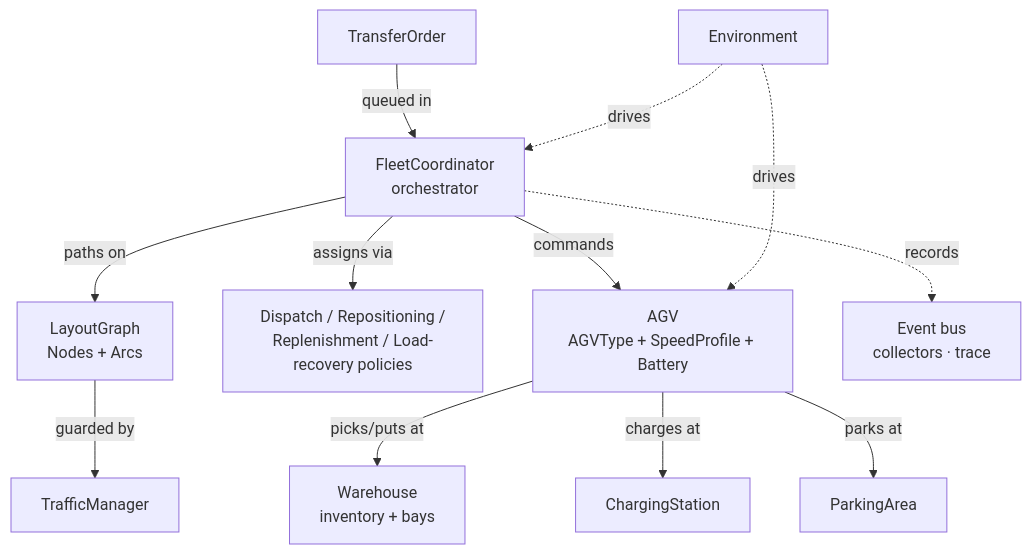
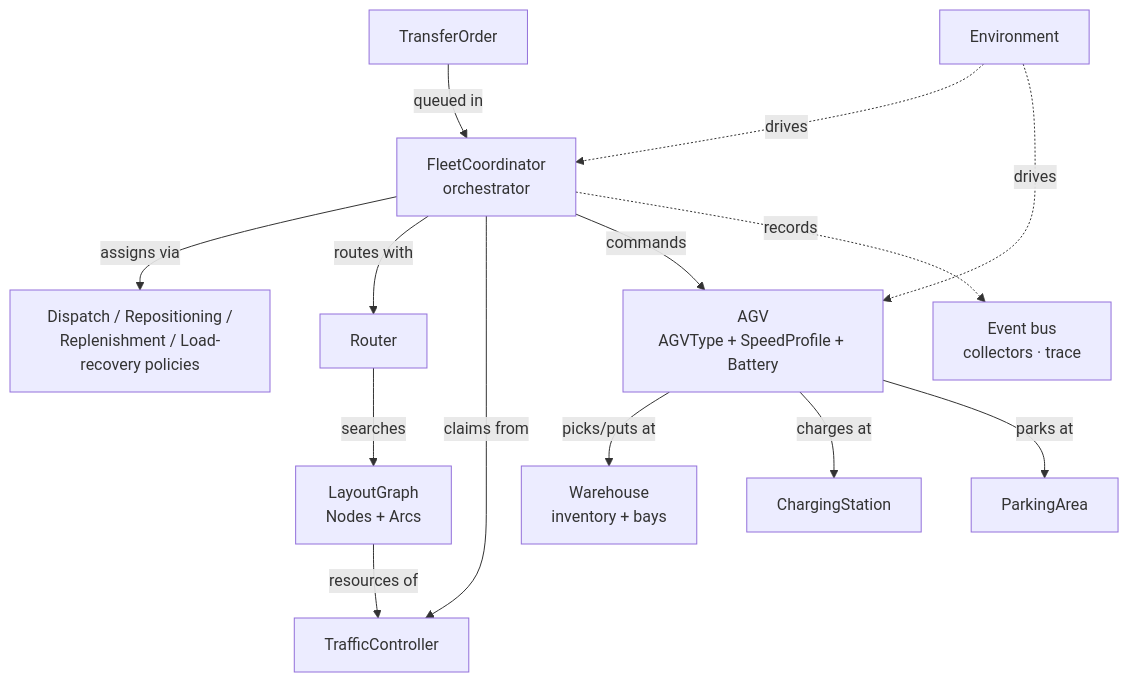
The second of 2 diagrams in docs/introduction/architecture.md (dmezzogori/simulatte), drawn with Mermaid before and after one commit. The commit also changed other lines of this file and 33 other files, not shown here.

````diff
--- a/docs/introduction/architecture.md
+++ b/docs/introduction/architecture.md
@@ -41,26 +41,29 @@
 ```mermaid
 graph TD
     Env2["Environment"]
     LG["LayoutGraph<br/>Nodes + Arcs"]
     WH["Warehouse<br/>inventory + bays"]
     TO["TransferOrder"]
     FC["FleetCoordinator<br/>orchestrator"]
     DP["Dispatch / Repositioning /<br/>Replenishment / Load-recovery policies"]
-    TM["TrafficManager"]
+    RT["Router"]
+    TM["TrafficController"]
     AGV["AGV<br/>AGVType + SpeedProfile + Battery"]
     CH["ChargingStation"]
     PK["ParkingArea"]
     M["Event bus<br/>collectors · trace"]
 
     TO -->|queued in| FC
     FC -->|assigns via| DP
-    FC -->|paths on| LG
-    LG -->|guarded by| TM
+    FC -->|routes with| RT
+    RT -->|searches| LG
+    FC -->|claims from| TM
+    LG -->|resources of| TM
     FC -->|commands| AGV
     AGV -->|picks/puts at| WH
     AGV -->|charges at| CH
     AGV -->|parks at| PK
     Env2 -.drives.-> FC
     Env2 -.drives.-> AGV
     FC -.records.-> M
 ```
````
